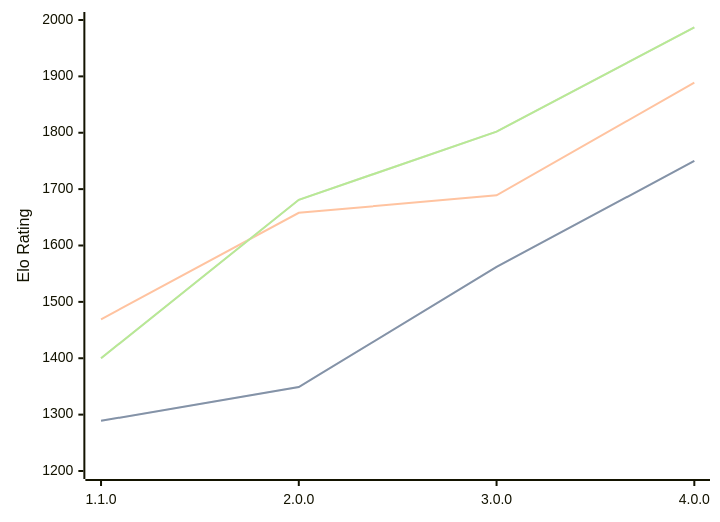
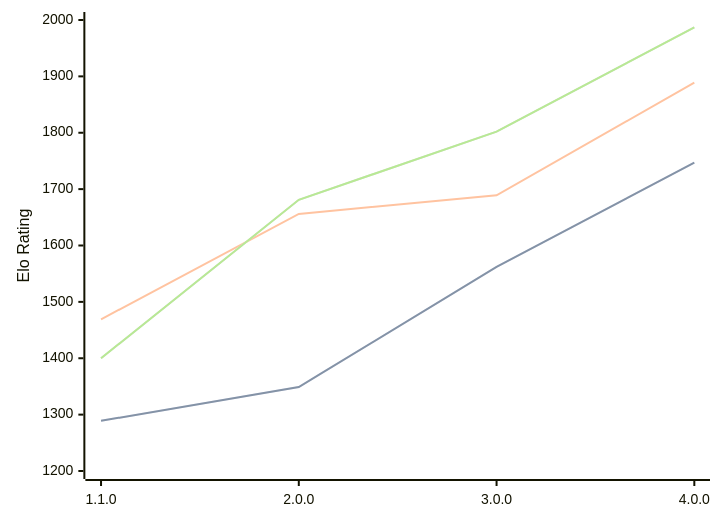
The diagram in engines/Laura.md (computer-chess-index/cci), drawn with Mermaid before and after one commit. The commit also changed other lines of this file, not shown here.

````diff
--- a/engines/Laura.md
+++ b/engines/Laura.md
@@ -35,11 +35,11 @@
 ```mermaid
 %%{init: {"theme":"base","themeVariables":{"seriesColors:['#a3a3a3','#222221','#faa371']}}}%%
 xychart-beta
   x-axis ["1.1.0", "2.0.0", "3.0.0", "4.0.0"]
   y-axis "Elo Rating" 1200 --> 2000
-  line "STC (8.0+0.08s)" [1289, 1349, 1562, 1750]
-  line "STC (8.0+0.08s)" [1289, 1349, 1562, 1750]
-  line "LTC (60.0+0.60s)" [1469, 1658, 1689, 1889]
+  line "STC (8.0+0.08s)" [1289, 1349, 1562, 1747]
+  line "STC (8.0+0.08s)" [1289, 1349, 1562, 1747]
+  line "LTC (60.0+0.60s)" [1469, 1656, 1689, 1889]
   line "VLTC (2m24s+1.12s)" [1400, 1681, 1802, 1987]
   line "VLTC (2m24s+1.12s)" [1400, 1681, 1802, 1987]
 ```
````
